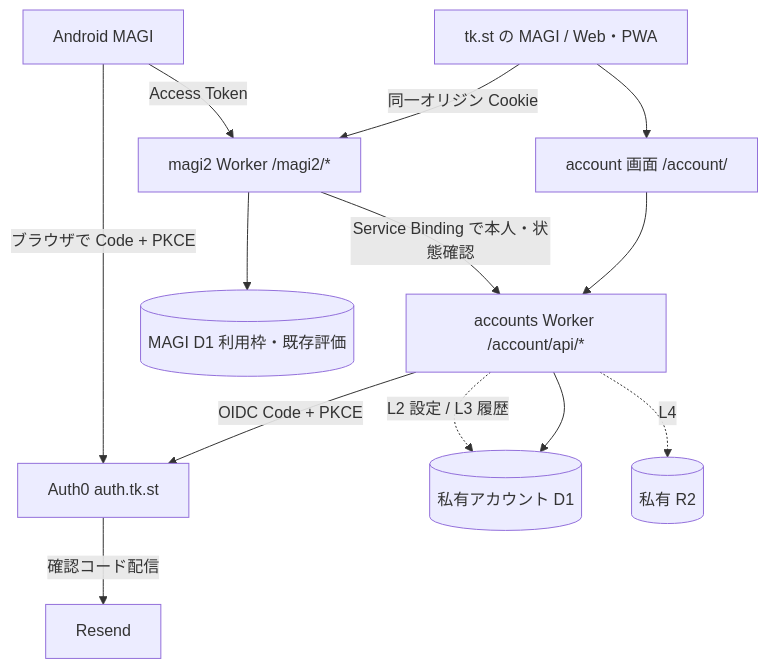
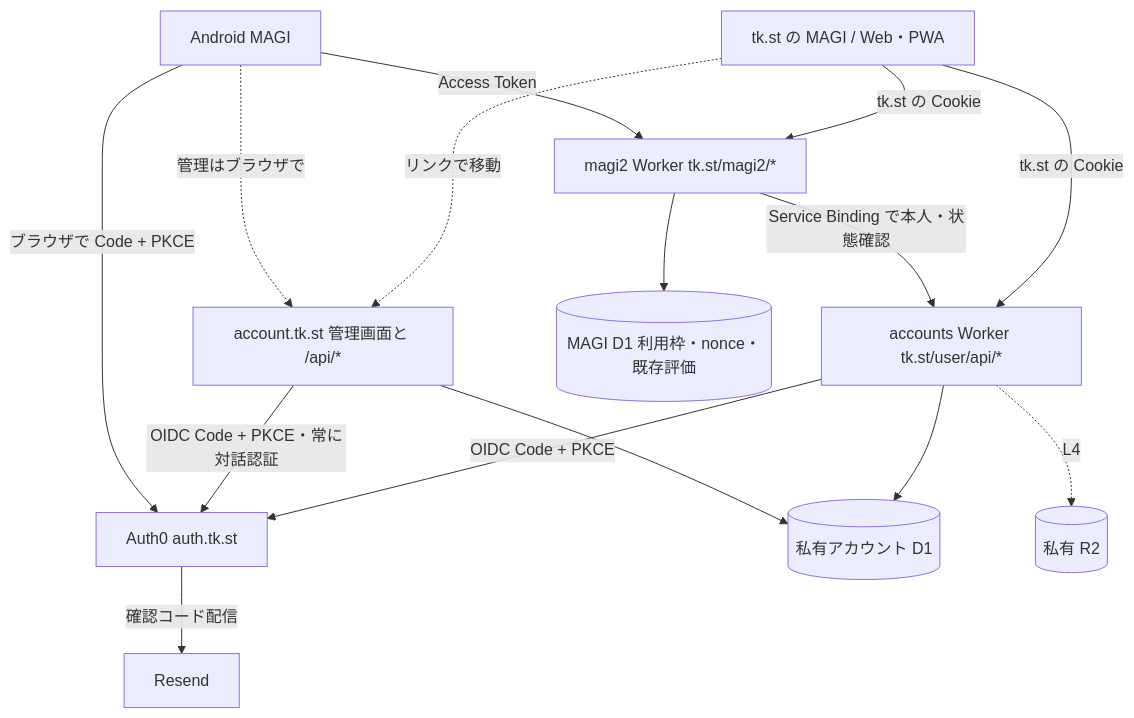
The diagram in workers/magi2/magi2ログイン設計書.md (tk33r1/st), drawn with Mermaid before and after one commit. The commit also changed other lines of this file and 1 other file, not shown here.

Commit message:
docs: scope magi2 login and add account.tk.st

````diff
--- a/workers/magi2/magi2ログイン設計書.md
+++ b/workers/magi2/magi2ログイン設計書.md
@@ -54,15 +75,17 @@
 ```mermaid
 flowchart TD
-    W[tk.st の MAGI / Web・PWA] -->|同一オリジン Cookie| M[magi2 Worker /magi2/*]
-    W --> A[account 画面 /account/]
-    A --> C[accounts Worker /account/api/*]
-    C -->|OIDC Code + PKCE| I[Auth0 auth.tk.st]
+    W[tk.st の MAGI / Web・PWA] -->|tk.st の Cookie| U[accounts Worker tk.st/user/api/*]
+    W -->|tk.st の Cookie| M[magi2 Worker tk.st/magi2/*]
+    W -. リンクで移動 .-> AC[account.tk.st 管理画面と /api/*]
+    U -->|OIDC Code + PKCE| I[Auth0 auth.tk.st]
+    AC -->|OIDC Code + PKCE・常に対話認証| I
     N[Android MAGI] -->|ブラウザで Code + PKCE| I
     N -->|Access Token| M
-    M -->|Service Binding で本人・状態確認| C
-    C --> D[(私有アカウント D1)]
-    M --> Q[(MAGI D1 利用枠・既存評価)]
-    C -. L2 設定 / L3 履歴 .-> D
-    C -. L4 .-> O[(私有 R2)]
+    N -. 管理はブラウザで .-> AC
+    M -->|Service Binding で本人・状態確認| U
+    U --> D[(私有アカウント D1)]
+    AC --> D
+    M --> Q[(MAGI D1 利用枠・nonce・既存評価)]
+    U -. L4 .-> O[(私有 R2)]
     I -->|確認コード配信| E[Resend]
 ```
````
